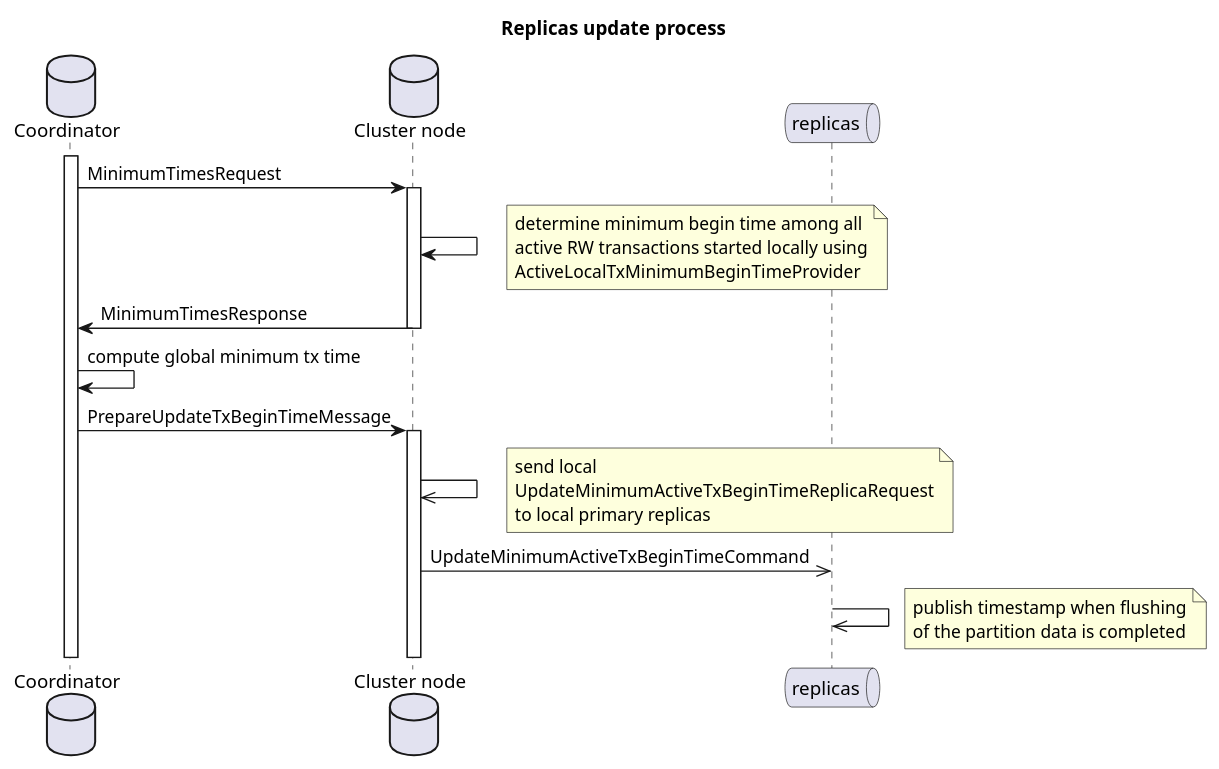
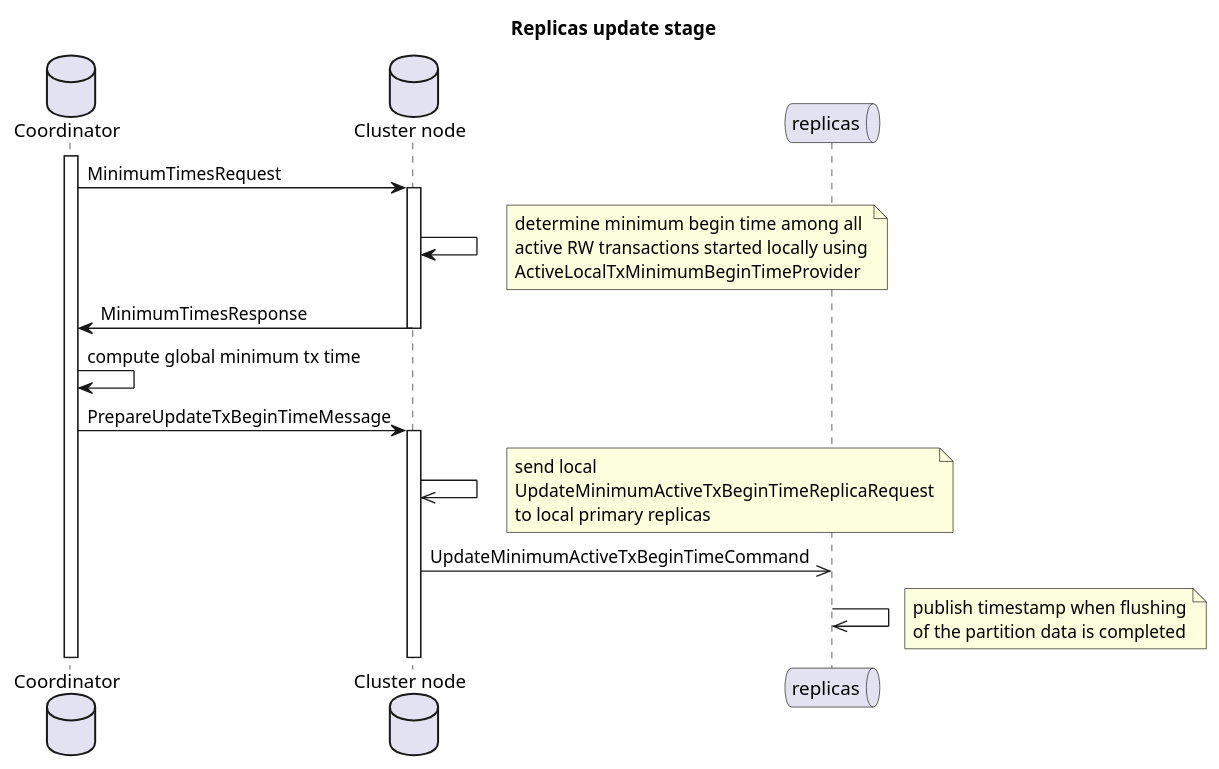
One commit to apache/ignite-3 changed the diagram in modules/catalog-compaction/tech-notes/replicas-update.puml. Above: the diagram before and after it, drawn with PlantUML. The commit also changed 5 other files, not shown here.

```diff
--- a/modules/catalog-compaction/tech-notes/replicas-update.puml
+++ b/modules/catalog-compaction/tech-notes/replicas-update.puml
@@ -1,35 +1,35 @@
 @startuml
-title Replicas update process
+title Replicas update stage
 
 database Coordinator as crd
 database "Cluster node" as node
 queue replicas as replicas
 
 activate crd
 
 crd -> node ++ : MinimumTimesRequest
 node -> node
 note right
   determine minimum begin time among all
   active RW transactions started locally using
   ActiveLocalTxMinimumBeginTimeProvider
 end note
 node -> crd -- : MinimumTimesResponse
 
 crd -> crd : compute global minimum tx time
 
 crd -> node ++ : PrepareUpdateTxBeginTimeMessage
 node ->> node
 note right
   send local
   UpdateMinimumActiveTxBeginTimeReplicaRequest
   to local primary replicas
 end note
 node ->> replicas : UpdateMinimumActiveTxBeginTimeCommand
 replicas ->> replicas
 note right
   publish timestamp when flushing
   of the partition data is completed
 end note
 
 @enduml
```
